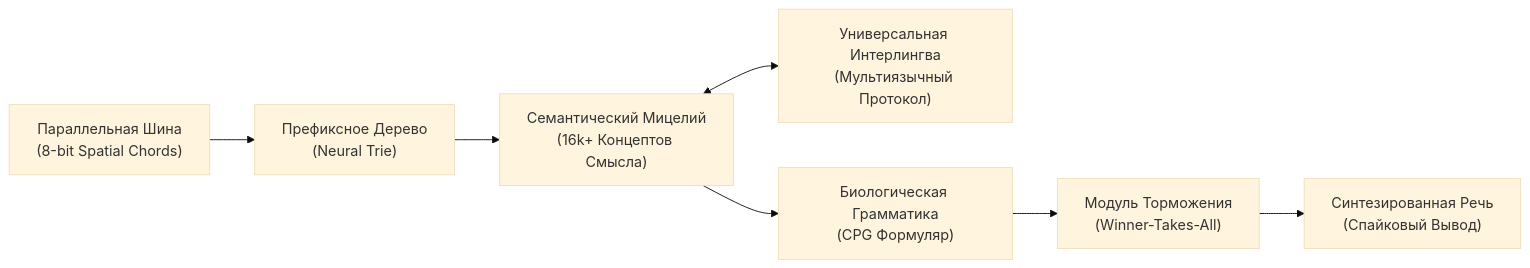
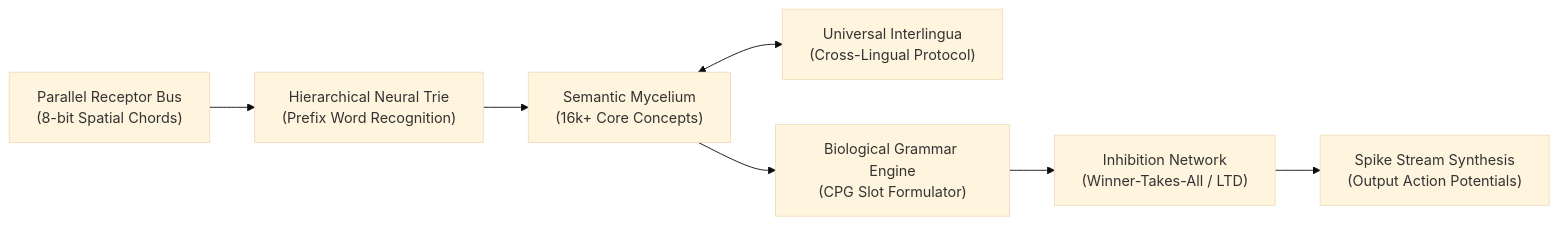
Before and after one commit to sangaafilum/Mycelium-AI: the diagram in README.md, drawn with Mermaid (base theme). The commit also changed other lines of this file, not shown here.

Commit message:
docs: translate Mycelium architecture specification to English

````diff
--- a/README.md
+++ b/README.md
@@ -38,9 +38,9 @@
 ```mermaid
 flowchart LR
-    A["Параллельная Шина<br/>(8-bit Spatial Chords)"] --> B["Префиксное Дерево<br/>(Neural Trie)"]
-    B --> C["Семантический Мицелий<br/>(16k+ Концептов Смысла)"]
-    C <--> D["Универсальная Интерлингва<br/>(Мультиязычный Протокол)"]
-    C --> E["Биологическая Грамматика<br/>(CPG Формуляр)"]
-    E --> F["Модуль Торможения<br/>(Winner-Takes-All)"]
-    F --> G["Синтезированная Речь<br/>(Спайковый Вывод)"]
+    A["Parallel Receptor Bus<br/>(8-bit Spatial Chords)"] --> B["Hierarchical Neural Trie<br/>(Prefix Word Recognition)"]
+    B --> C["Semantic Mycelium<br/>(16k+ Core Concepts)"]
+    C <--> D["Universal Interlingua<br/>(Cross-Lingual Protocol)"]
+    C --> E["Biological Grammar Engine<br/>(CPG Slot Formulator)"]
+    E --> F["Inhibition Network<br/>(Winner-Takes-All / LTD)"]
+    F --> G["Spike Stream Synthesis<br/>(Output Action Potentials)"]
 ```
````
